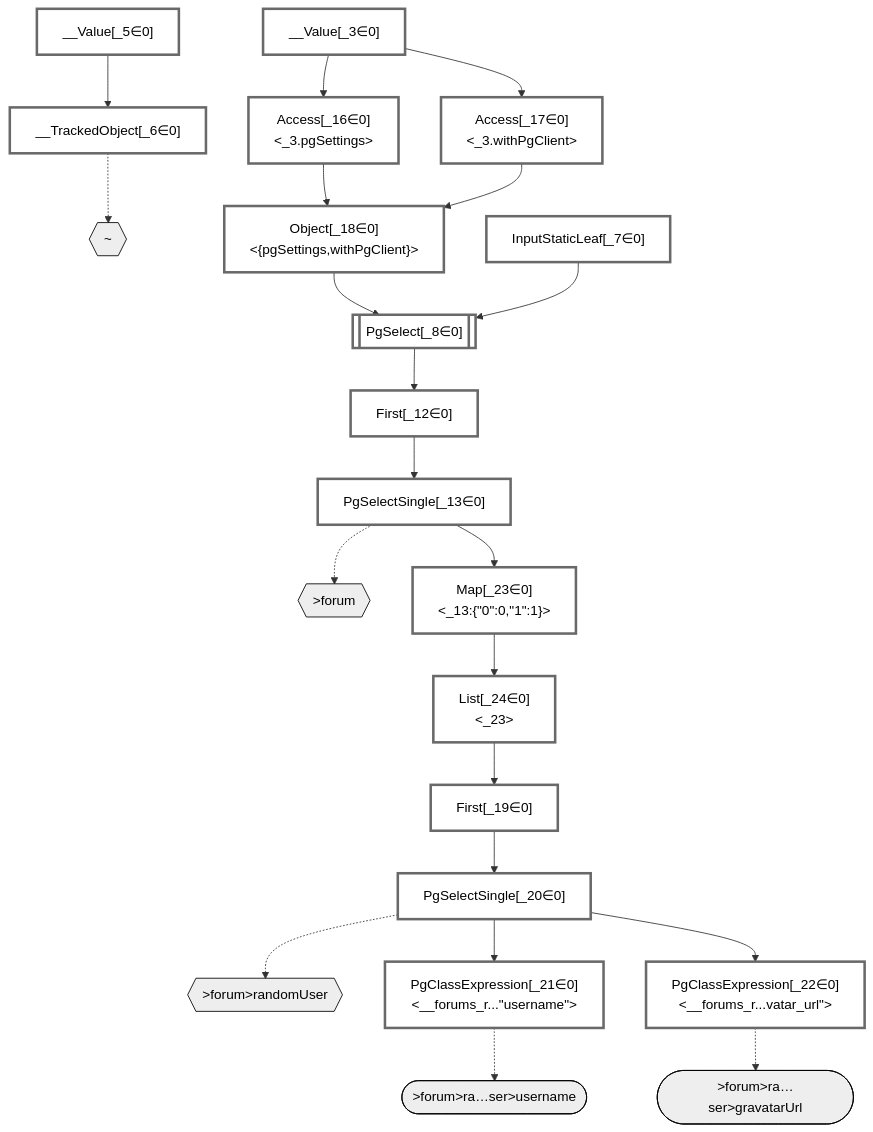
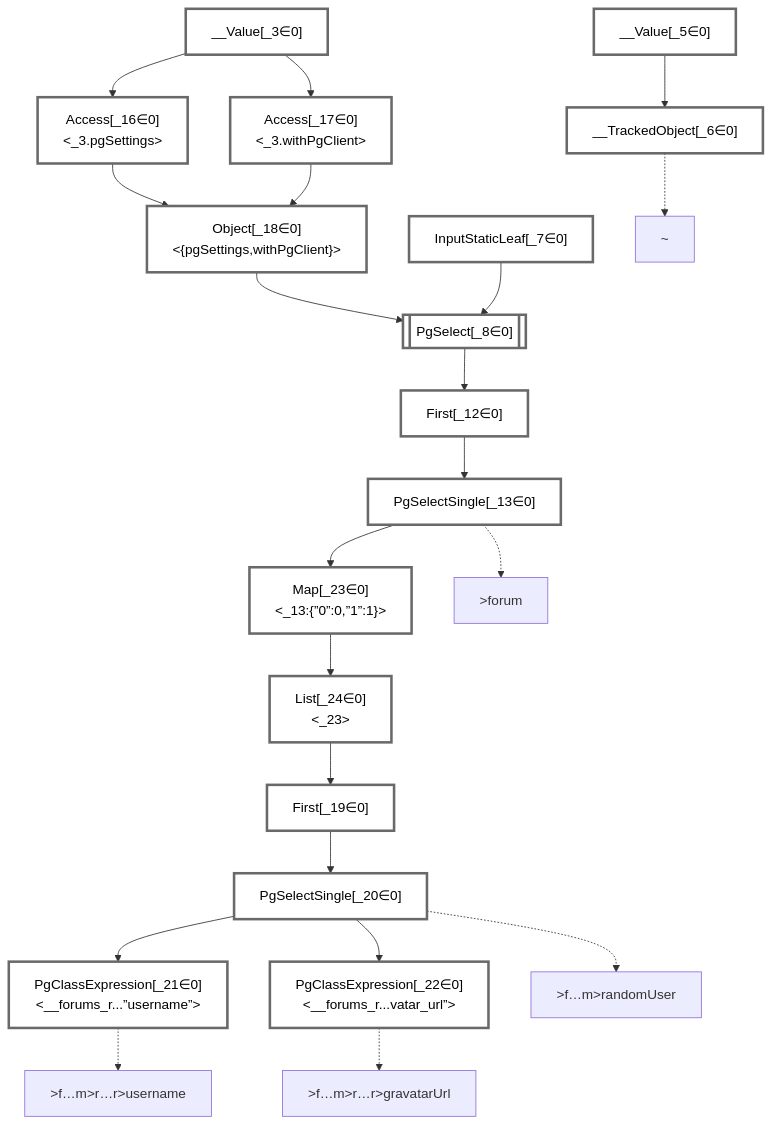
One commit to graphile/crystal changed the diagram in packages/dataplan-pg/__tests__/queries/functions/computed-column-user.mermaid.md. Above: the diagram before and after it, drawn with Mermaid. The commit also changed 195 other files, not shown here.

````diff
--- a/packages/dataplan-pg/__tests__/queries/functions/computed-column-user.mermaid.md
+++ b/packages/dataplan-pg/__tests__/queries/functions/computed-column-user.mermaid.md
@@ -1,66 +1,60 @@
 ```mermaid
 graph TD
     classDef path fill:#eee,stroke:#000,color:#000
     classDef plan fill:#fff,stroke-width:3px,color:#000
     classDef itemplan fill:#fff,stroke-width:6px,color:#000
     classDef sideeffectplan fill:#f00,stroke-width:6px,color:#000
     classDef bucket fill:#f6f6f6,color:#000,stroke-width:6px
 
-    %% subgraph fields
-    P1{{"~"}}:::path
-    P2{{">forum"}}:::path
-    P3{{">forum>randomUser"}}:::path
-    P4([">forum>ra…ser>username"]):::path
-    %% P3 -.-> P4
-    P5([">forum>ra…ser>gravatarUrl"]):::path
-    %% P3 -.-> P5
-    %% P2 -.-> P3
-    %% P1 -.-> P2
-    %% end
 
     %% define plans
     __Value_3["__Value[_3∈0]<br /><context>"]:::plan
     __Value_5["__Value[_5∈0]<br /><rootValue>"]:::plan
     __TrackedObject_6["__TrackedObject[_6∈0]"]:::plan
     InputStaticLeaf_7["InputStaticLeaf[_7∈0]"]:::plan
     PgSelect_8[["PgSelect[_8∈0]<br /><forums>"]]:::plan
     First_12["First[_12∈0]"]:::plan
     PgSelectSingle_13["PgSelectSingle[_13∈0]<br /><forums>"]:::plan
     Access_16["Access[_16∈0]<br /><_3.pgSettings>"]:::plan
     Access_17["Access[_17∈0]<br /><_3.withPgClient>"]:::plan
     Object_18["Object[_18∈0]<br /><{pgSettings,withPgClient}>"]:::plan
     First_19["First[_19∈0]"]:::plan
     PgSelectSingle_20["PgSelectSingle[_20∈0]<br /><users>"]:::plan
-    PgClassExpression_21["PgClassExpression[_21∈0]<br /><__forums_r...#quot;username#quot;>"]:::plan
-    PgClassExpression_22["PgClassExpression[_22∈0]<br /><__forums_r...vatar_url#quot;>"]:::plan
-    Map_23["Map[_23∈0]<br /><_13:{#quot;0#quot;:0,#quot;1#quot;:1}>"]:::plan
+    PgClassExpression_21["PgClassExpression[_21∈0]<br /><__forums_r...”username”>"]:::plan
+    PgClassExpression_22["PgClassExpression[_22∈0]<br /><__forums_r...vatar_url”>"]:::plan
+    Map_23["Map[_23∈0]<br /><_13:{”0”:0,”1”:1}>"]:::plan
     List_24["List[_24∈0]<br /><_23>"]:::plan
 
     %% plan dependencies
     __Value_5 --> __TrackedObject_6
     Object_18 --> PgSelect_8
     InputStaticLeaf_7 --> PgSelect_8
     PgSelect_8 --> First_12
     First_12 --> PgSelectSingle_13
     __Value_3 --> Access_16
     __Value_3 --> Access_17
     Access_16 --> Object_18
     Access_17 --> Object_18
     List_24 --> First_19
     First_19 --> PgSelectSingle_20
     PgSelectSingle_20 --> PgClassExpression_21
     PgSelectSingle_20 --> PgClassExpression_22
     PgSelectSingle_13 --> Map_23
     Map_23 --> List_24
 
     %% plan-to-path relationships
+    P1["~"]
     __TrackedObject_6 -.-> P1
+    P2[">forum"]
     PgSelectSingle_13 -.-> P2
+    P3[">f…m>randomUser"]
     PgSelectSingle_20 -.-> P3
+    P4[">f…m>r…r>username"]
     PgClassExpression_21 -.-> P4
+    P5[">f…m>r…r>gravatarUrl"]
     PgClassExpression_22 -.-> P5
 
     %% allocate buckets
     classDef bucket0 stroke:#696969
     class __Value_3,__Value_5,__TrackedObject_6,InputStaticLeaf_7,PgSelect_8,First_12,PgSelectSingle_13,Access_16,Access_17,Object_18,First_19,PgSelectSingle_20,PgClassExpression_21,PgClassExpression_22,Map_23,List_24 bucket0
 ```
````
